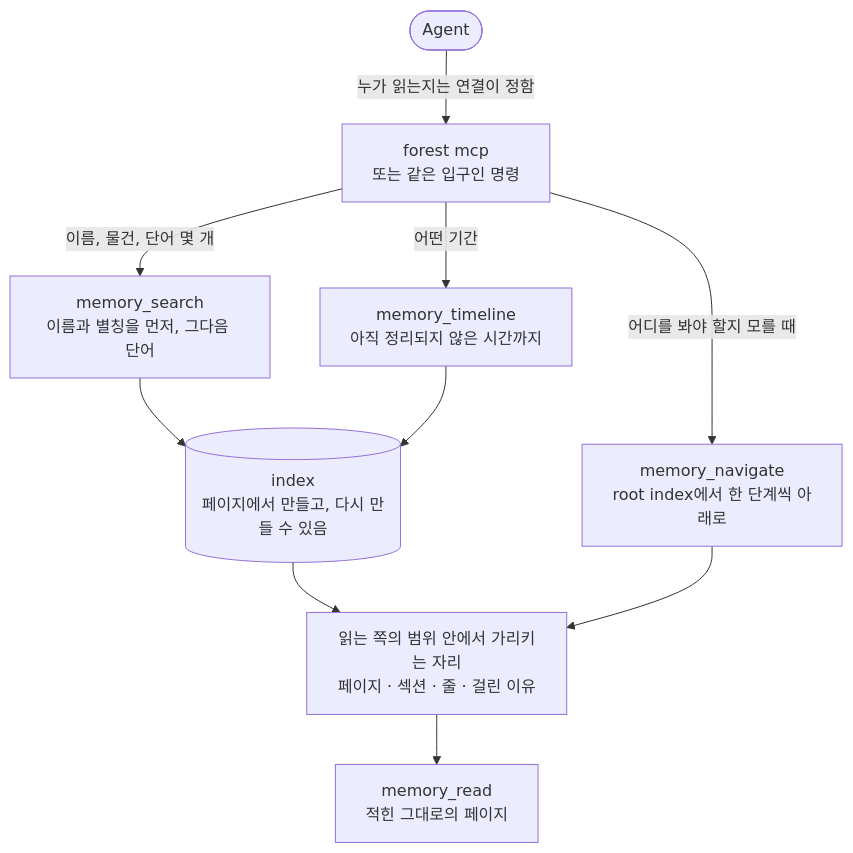
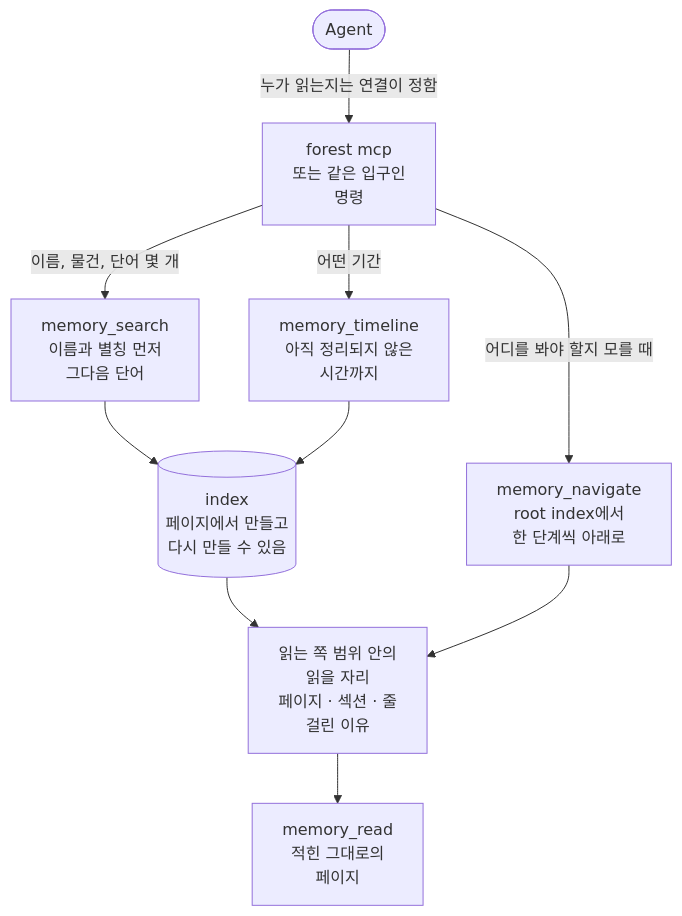
Before and after one commit to agent-memory-atlas-archive/hyungchulc--agent-memory-forest: the second of 2 diagrams in README.ko.md, drawn with Mermaid. The commit also changed other lines of this file and 2 other files, not shown here.

Commit message:
docs: the pictures of the Korean, Chinese and Japanese pages break their lines between words
Where the repository's page draws the pictures, a label wraps at a fixed width, and a line of Korean,
Chinese or Japanese text is cut wherever that width falls: inside a word, or with one character alone
on the next line. The labels of those three pages now carry their own line breaks, placed between
words and short enough that no line is cut again.

````diff
--- a/README.ko.md
+++ b/README.ko.md
@@ -218,12 +218,12 @@
 ```mermaid
 flowchart TB
-    agent(["Agent"]) -- "누가 읽는지는 연결이 정함" --> door["forest mcp<br/>또는 같은 입구인 명령"]
-    door -- "이름, 물건, 단어 몇 개" --> s["memory_search<br/>이름과 별칭을 먼저, 그다음 단어"]
-    door -- "어떤 기간" --> t["memory_timeline<br/>아직 정리되지 않은 시간까지"]
-    door -- "어디를 봐야 할지 모를 때" --> n["memory_navigate<br/>root index에서 한 단계씩 아래로"]
-    s --> idx[("index<br/>페이지에서 만들고, 다시 만들 수 있음")]
+    agent(["Agent"]) -- "누가 읽는지는 연결이 정함" --> door["forest mcp<br/>또는 같은 입구인<br/>명령"]
+    door -- "이름, 물건, 단어 몇 개" --> s["memory_search<br/>이름과 별칭 먼저<br/>그다음 단어"]
+    door -- "어떤 기간" --> t["memory_timeline<br/>아직 정리되지 않은<br/>시간까지"]
+    door -- "어디를 봐야 할지 모를 때" --> n["memory_navigate<br/>root index에서<br/>한 단계씩 아래로"]
+    s --> idx[("index<br/>페이지에서 만들고<br/>다시 만들 수 있음")]
     t --> idx
-    idx --> r["읽는 쪽의 범위 안에서 가리키는 자리<br/>페이지 · 섹션 · 줄 · 걸린 이유"]
+    idx --> r["읽는 쪽 범위 안의<br/>읽을 자리<br/>페이지 · 섹션 · 줄<br/>걸린 이유"]
     n --> r
-    r --> rd["memory_read<br/>적힌 그대로의 페이지"]
+    r --> rd["memory_read<br/>적힌 그대로의<br/>페이지"]
 ```
````
